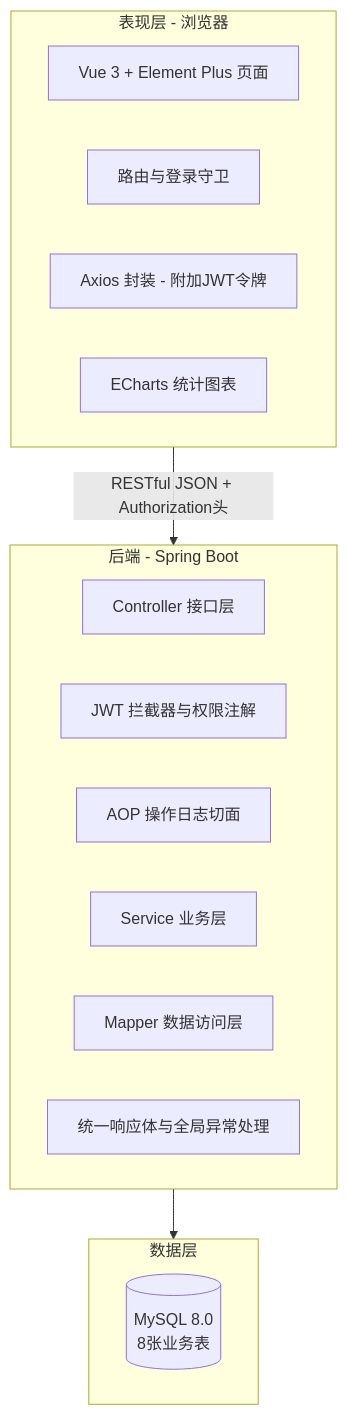
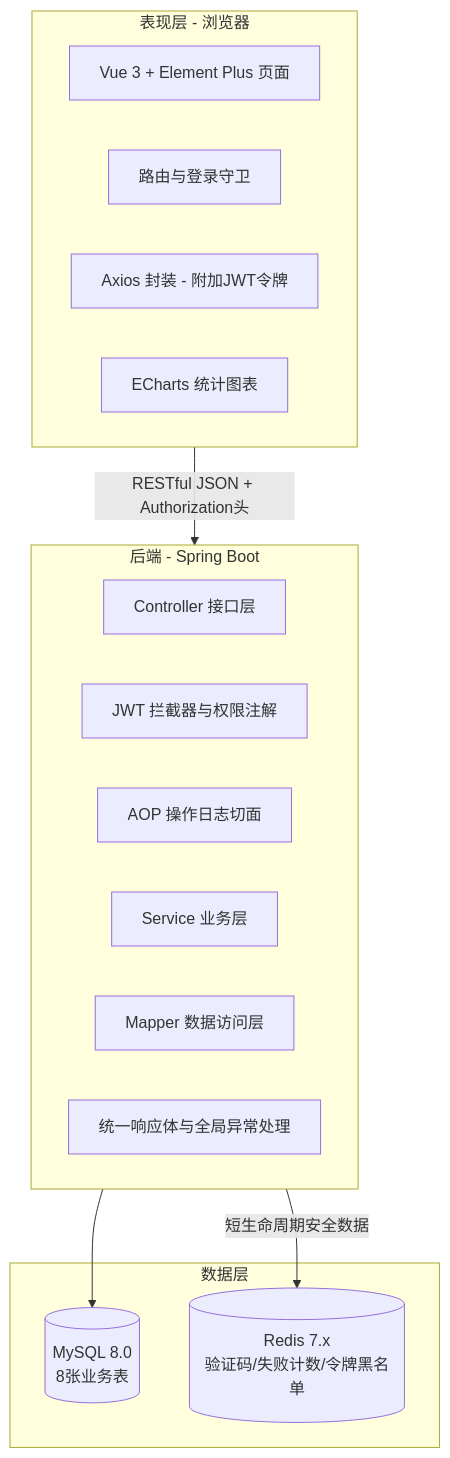
One commit to xux23/YangLao changed the diagram in 需求/系统设计文档.md. Above: the diagram before and after it, drawn with Mermaid. The commit also changed other lines of this file and 20 other files, not shown here.

Commit message:
接入 Redis 登录安全：图形验证码、登录失败锁定、登出令牌黑名单（同步需求/设计/API/README/阅读指南文档）

````diff
--- a/需求/系统设计文档.md
+++ b/需求/系统设计文档.md
@@ -420,22 +437,24 @@
 ```mermaid
 graph TB
     subgraph 表现层[表现层 - 浏览器]
         VUE[Vue 3 + Element Plus 页面]
         ROUTER[路由与登录守卫]
         AX[Axios 封装 - 附加JWT令牌]
         ECHARTS[ECharts 统计图表]
     end
     subgraph 后端[后端 - Spring Boot]
         CTL[Controller 接口层]
         JWT[JWT 拦截器与权限注解]
         LOG[AOP 操作日志切面]
         SVC[Service 业务层]
         MAP[Mapper 数据访问层]
         COMMON[统一响应体与全局异常处理]
     end
     subgraph 数据层[数据层]
         MYSQL[(MySQL 8.0<br/>8张业务表)]
+        REDIS[(Redis 7.x<br/>验证码/失败计数/令牌黑名单)]
     end
     表现层 -- "RESTful JSON + Authorization头" --> 后端
-    后端 --> 数据层
+    后端 --> MYSQL
+    后端 -- "短生命周期安全数据" --> REDIS
 ```
````
